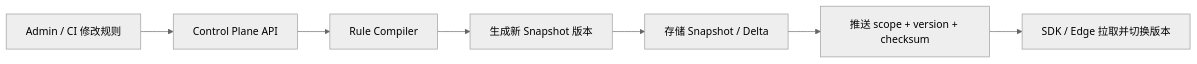
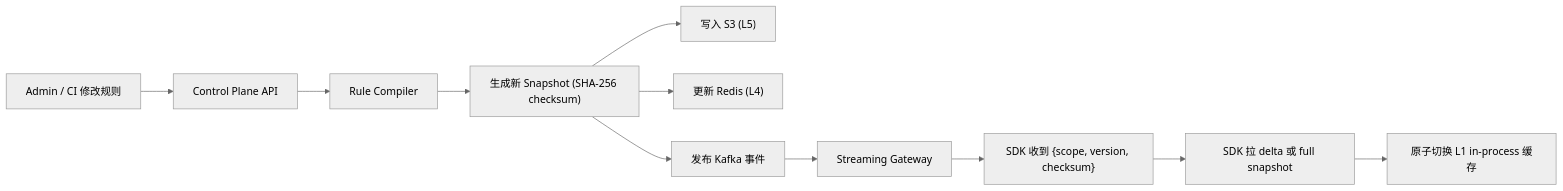
One commit to ikukei/interview-question-202605 changed the first of 2 diagrams in feature-management-interview-analysis.md. Above: the diagram before and after it, drawn with Mermaid (neutral theme). The commit also changed other lines of this file and 10 other files, not shown here.

Commit message:
update architecture， submit chinese design， chinese architecture, english ppt

````diff
--- a/feature-management-interview-analysis.md
+++ b/feature-management-interview-analysis.md
@@ -270,9 +315,13 @@
 ```mermaid
 flowchart LR
     A["Admin / CI 修改规则"] --> B["Control Plane API"]
     B --> C["Rule Compiler"]
-    C --> D["生成新 Snapshot 版本"]
-    D --> E["存储 Snapshot / Delta"]
-    E --> F["推送 scope + version + checksum"]
-    F --> G["SDK / Edge 拉取并切换版本"]
+    C --> D["生成新 Snapshot (SHA-256 checksum)"]
+    D --> E["写入 S3 (L5)"]
+    D --> F["更新 Redis (L4)"]
+    D --> G["发布 Kafka 事件"]
+    G --> H["Streaming Gateway"]
+    H --> I["SDK 收到 {scope, version, checksum}"]
+    I --> J["SDK 拉 delta 或 full snapshot"]
+    J --> K["原子切换 L1 in-process 缓存"]
 ```
````
